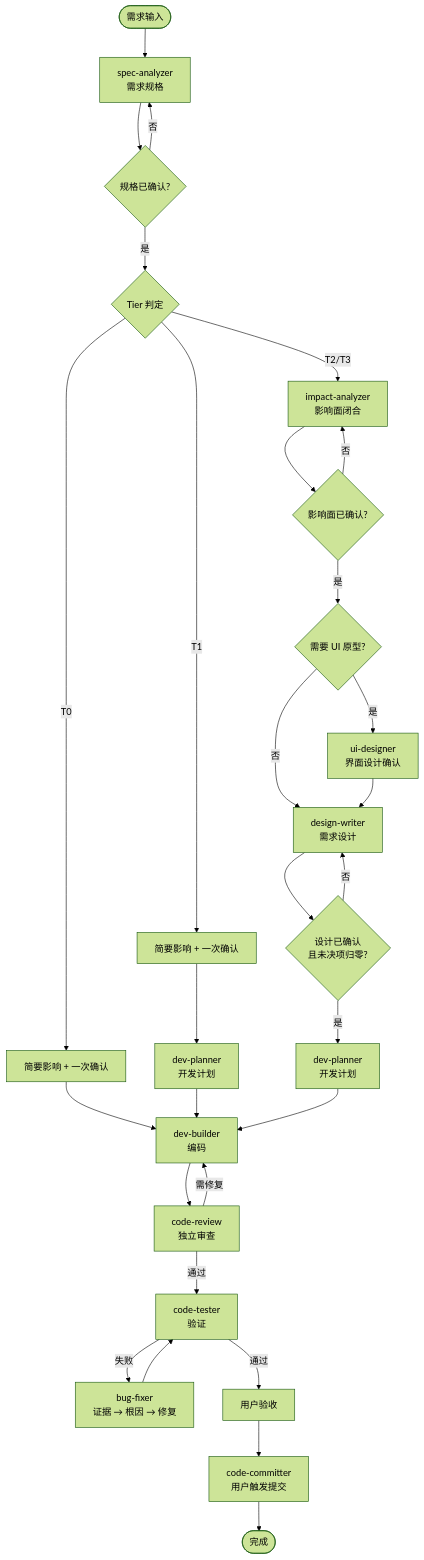
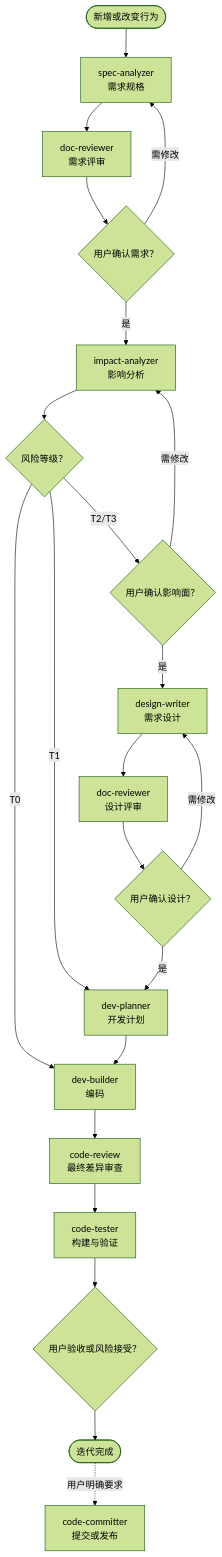
The first of 3 diagrams in README.md (Herxinsasa/DevFlow), drawn with Mermaid (forest theme) before and after one commit. The commit also changed other lines of this file and 31 other files, not shown here.

First line of the commit message:
【DevFlow：1.2.0】 新增: - 增加 doc-reviewer，检查需求、设计与契约的遗漏和偏移 - 增加 test-designer，按风险设计可观察测试用例 - 支持可选 TDD，在同一行为任务中执行红、绿、重构 - 增加同一测试版本的连续 Bug 修复批次 - 支持项目模板替换、约束扩展及冲突确认

````diff
--- a/README.md
+++ b/README.md
@@ -84,31 +94,24 @@
 ```mermaid
 flowchart TB
-    START(["需求输入"]) --> SPEC["spec-analyzer<br/>需求规格"]
-    SPEC --> SC{"规格已确认?"}
-    SC -->|"否"| SPEC
-    SC -->|"是"| TIER{"Tier 判定"}
-    TIER -->|"T0"| L0["简要影响 + 一次确认"]
-    L0 --> BUILD["dev-builder<br/>编码"]
-    TIER -->|"T1"| L1["简要影响 + 一次确认"]
-    L1 --> P1["dev-planner<br/>开发计划"]
-    P1 --> BUILD
-    TIER -->|"T2/T3"| IMP["impact-analyzer<br/>影响面闭合"]
-    IMP --> IC{"影响面已确认?"}
-    IC -->|"否"| IMP
-    IC -->|"是"| UIQ{"需要 UI 原型?"}
-    UIQ -->|"是"| UI["ui-designer<br/>界面设计确认"]
-    UIQ -->|"否"| DW
-    UI --> DW["design-writer<br/>需求设计"]
-    DW --> DC{"设计已确认<br/>且未决项归零?"}
-    DC -->|"否"| DW
-    DC -->|"是"| P2["dev-planner<br/>开发计划"]
-    P2 --> BUILD
-    BUILD --> RV["code-review<br/>独立审查"]
-    RV -->|"需修复"| BUILD
-    RV -->|"通过"| TV["code-tester<br/>验证"]
-    TV -->|"失败"| BUG["bug-fixer<br/>证据 → 根因 → 修复"]
-    BUG --> TV
-    TV -->|"通过"| UV["用户验收"]
-    UV --> CC["code-committer<br/>用户触发提交"]
-    CC --> DONE(["完成"])
+    START(["新增或改变行为"]) --> SPEC["spec-analyzer<br/>需求规格"]
+    SPEC --> DR1["doc-reviewer<br/>需求评审"]
+    DR1 --> SC{"用户确认需求？"}
+    SC -->|需修改| SPEC
+    SC -->|是| IMP["impact-analyzer<br/>影响分析"]
+    IMP --> TIER{"风险等级？"}
+    TIER -->|T0| BUILD["dev-builder<br/>编码"]
+    TIER -->|T1| PLAN["dev-planner<br/>开发计划"]
+    TIER -->|T2/T3| IC{"用户确认影响面？"}
+    IC -->|需修改| IMP
+    IC -->|是| DESIGN["design-writer<br/>需求设计"]
+    DESIGN --> DR2["doc-reviewer<br/>设计评审"]
+    DR2 --> DC{"用户确认设计？"}
+    DC -->|需修改| DESIGN
+    DC -->|是| PLAN
+    PLAN --> BUILD
+    BUILD --> RV["code-review<br/>最终差异审查"]
+    RV --> TV["code-tester<br/>构建与验证"]
+    TV --> UV{"用户验收或风险接受？"}
+    UV --> DONE(["迭代完成"])
+    DONE -.->|用户明确要求| CC["code-committer<br/>提交或发布"]
 ```
````
